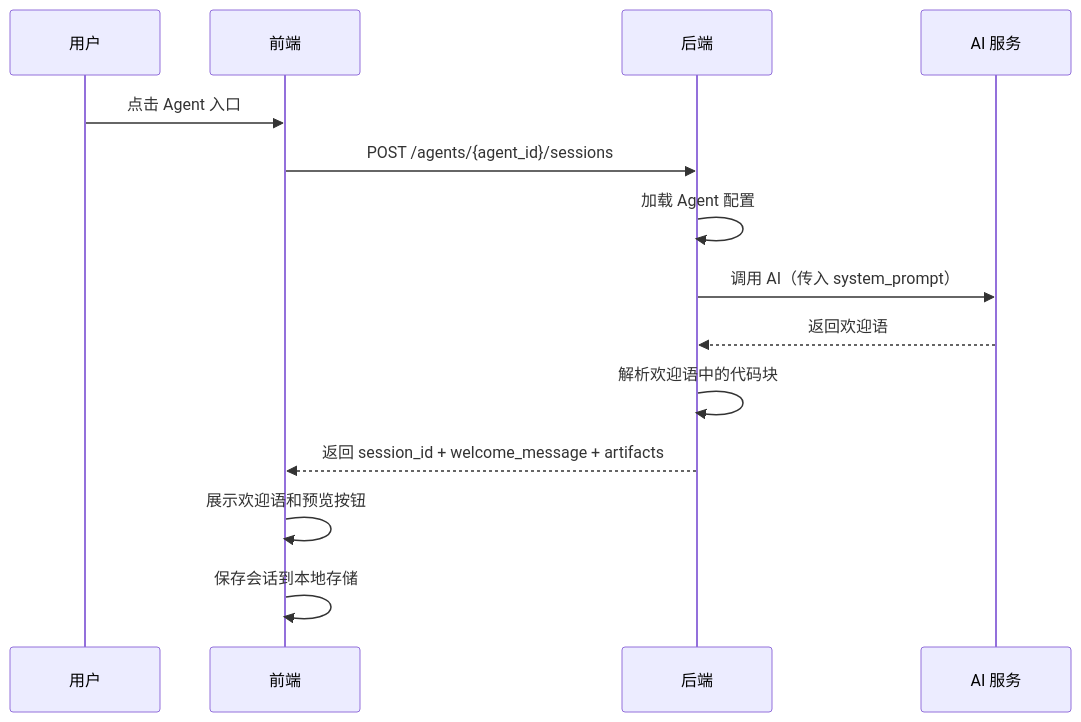
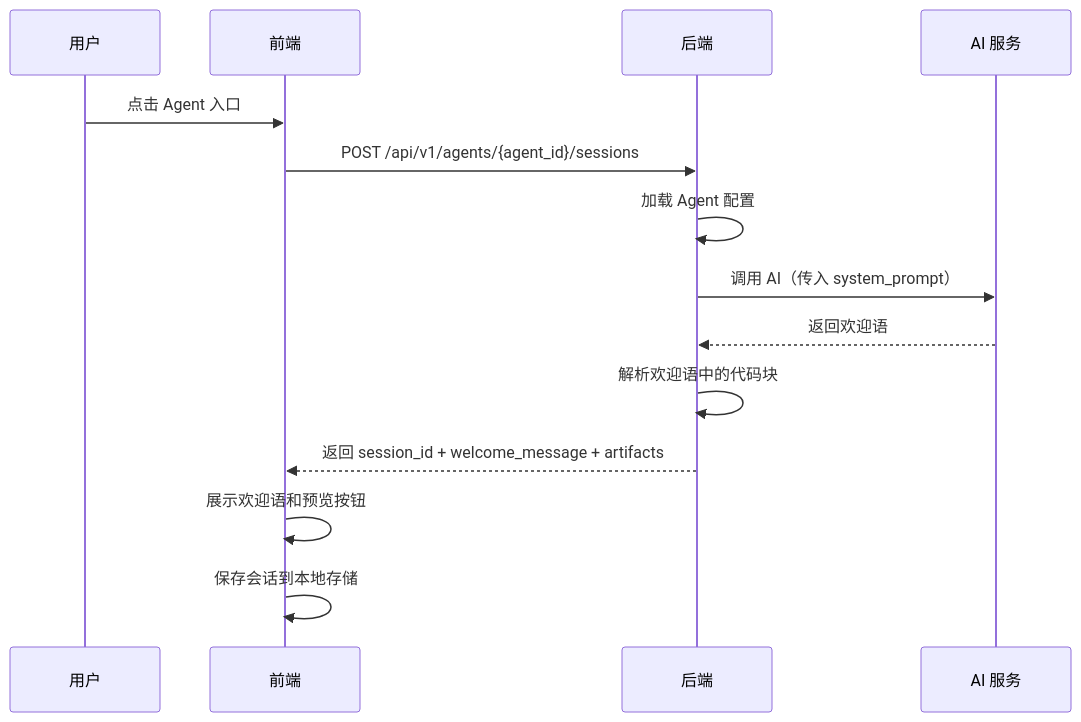
The first of 2 diagrams in docs/design/api_interface.md (ZhangColin/ai-teacher-platform), drawn with Mermaid before and after one commit. The commit also changed other lines of this file and 9 other files, not shown here.

````diff
--- a/docs/design/api_interface.md
+++ b/docs/design/api_interface.md
@@ -248,17 +249,17 @@
 ```mermaid
 sequenceDiagram
     participant User as 用户
     participant Frontend as 前端
     participant Backend as 后端
     participant AI as AI 服务
 
     User->>Frontend: 点击 Agent 入口
-    Frontend->>Backend: POST /agents/{agent_id}/sessions
+    Frontend->>Backend: POST /api/v1/agents/{agent_id}/sessions
     Backend->>Backend: 加载 Agent 配置
     Backend->>AI: 调用 AI（传入 system_prompt）
     AI-->>Backend: 返回欢迎语
     Backend->>Backend: 解析欢迎语中的代码块
     Backend-->>Frontend: 返回 session_id + welcome_message + artifacts
     Frontend->>Frontend: 展示欢迎语和预览按钮
     Frontend->>Frontend: 保存会话到本地存储
 ```
````
